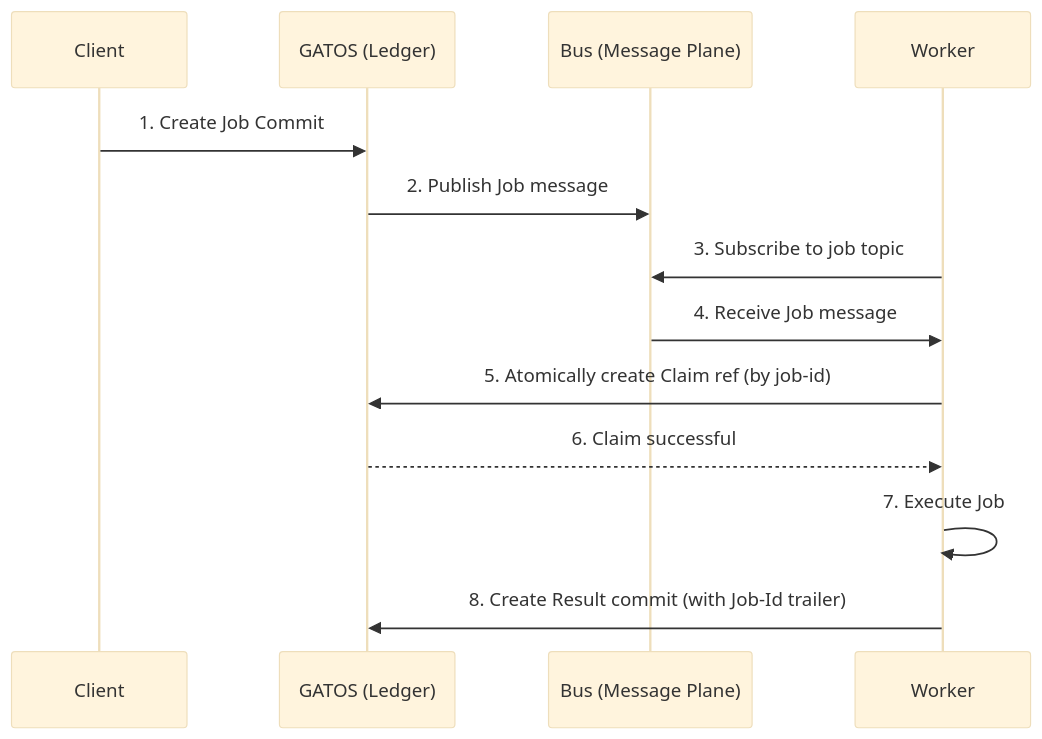
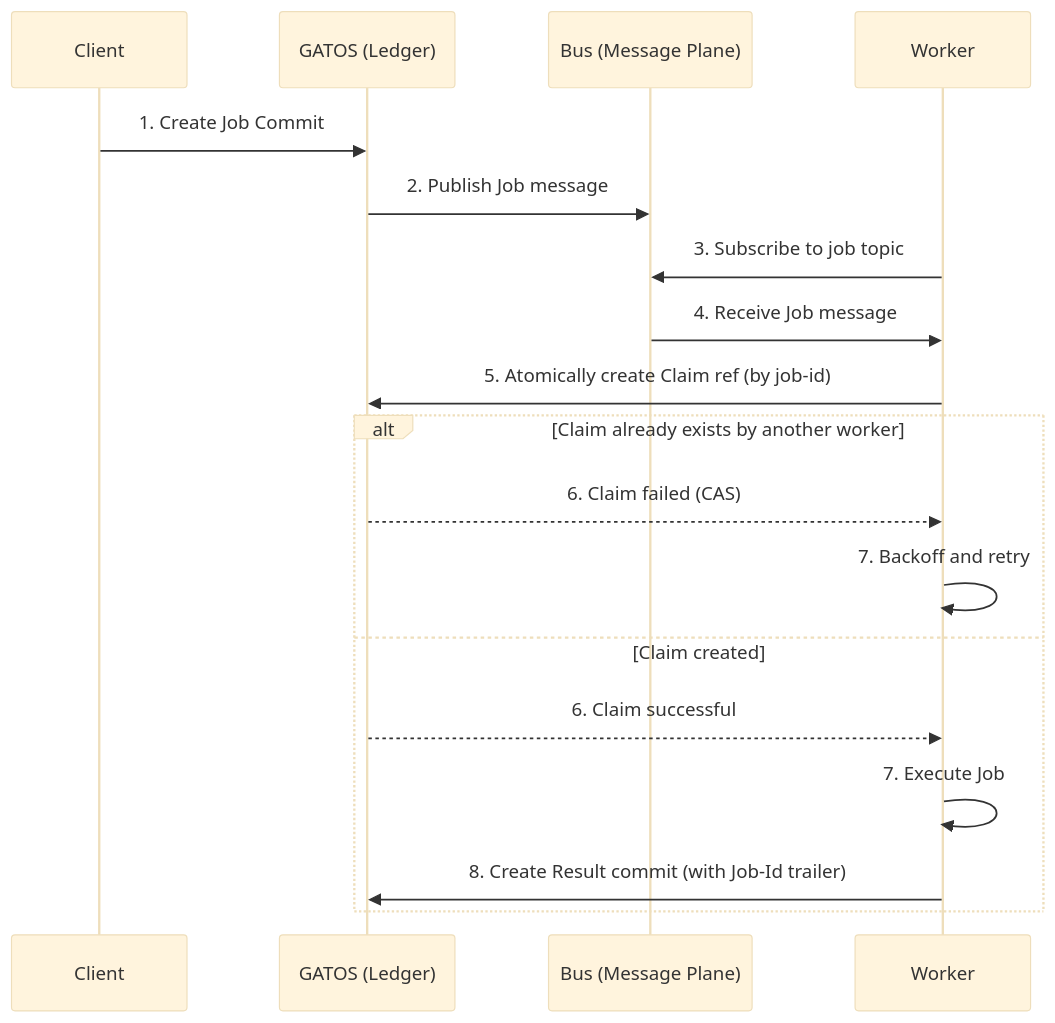
Before and after one commit to flyingrobots/gatos: the second of 2 diagrams in docs/decisions/ADR-0002/DECISION.md, drawn with Mermaid (base theme). The commit also changed other lines of this file and 1 other file, not shown here.

Commit message:
docs(adr-0002): add CAS race alt-branch in sequence diagram; define 'unsigned job core' explicitly\ndocs(spec): rephrase profile discovery sentence to avoid repetition while preserving normative MUST

````diff
--- a/docs/decisions/ADR-0002/DECISION.md
+++ b/docs/decisions/ADR-0002/DECISION.md
@@ -66,16 +66,21 @@
 ```mermaid
 sequenceDiagram
     participant Client
     participant GATOS (Ledger)
     participant Bus (Message Plane)
     participant Worker
 
     Client->>GATOS (Ledger): 1. Create Job Commit
     GATOS (Ledger)->>Bus (Message Plane): 2. Publish Job message
     Worker->>Bus (Message Plane): 3. Subscribe to job topic
     Bus (Message Plane)->>Worker: 4. Receive Job message
     Worker->>GATOS (Ledger): 5. Atomically create Claim ref (by job-id)
-    GATOS (Ledger)-->>Worker: 6. Claim successful
-    Worker->>Worker: 7. Execute Job
-    Worker->>GATOS (Ledger): 8. Create Result commit (with Job-Id trailer)
+    alt Claim already exists by another worker
+        GATOS (Ledger)-->>Worker: 6. Claim failed (CAS)
+        Worker->>Worker: 7. Backoff and retry
+    else Claim created
+        GATOS (Ledger)-->>Worker: 6. Claim successful
+        Worker->>Worker: 7. Execute Job
+        Worker->>GATOS (Ledger): 8. Create Result commit (with Job-Id trailer)
+    end
 ```
````
